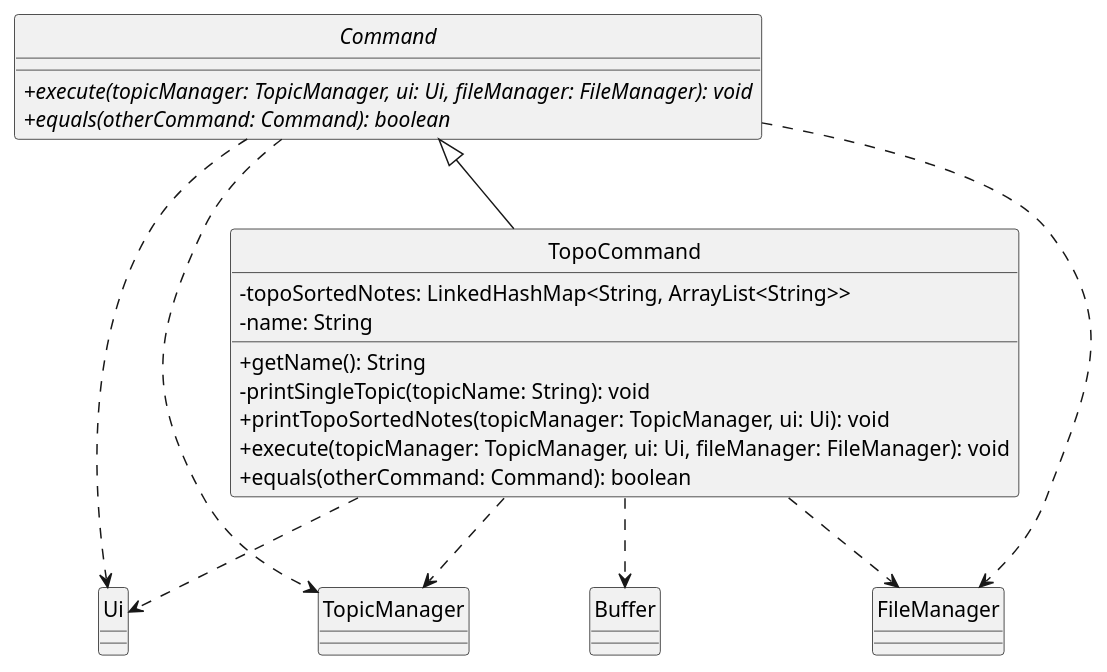
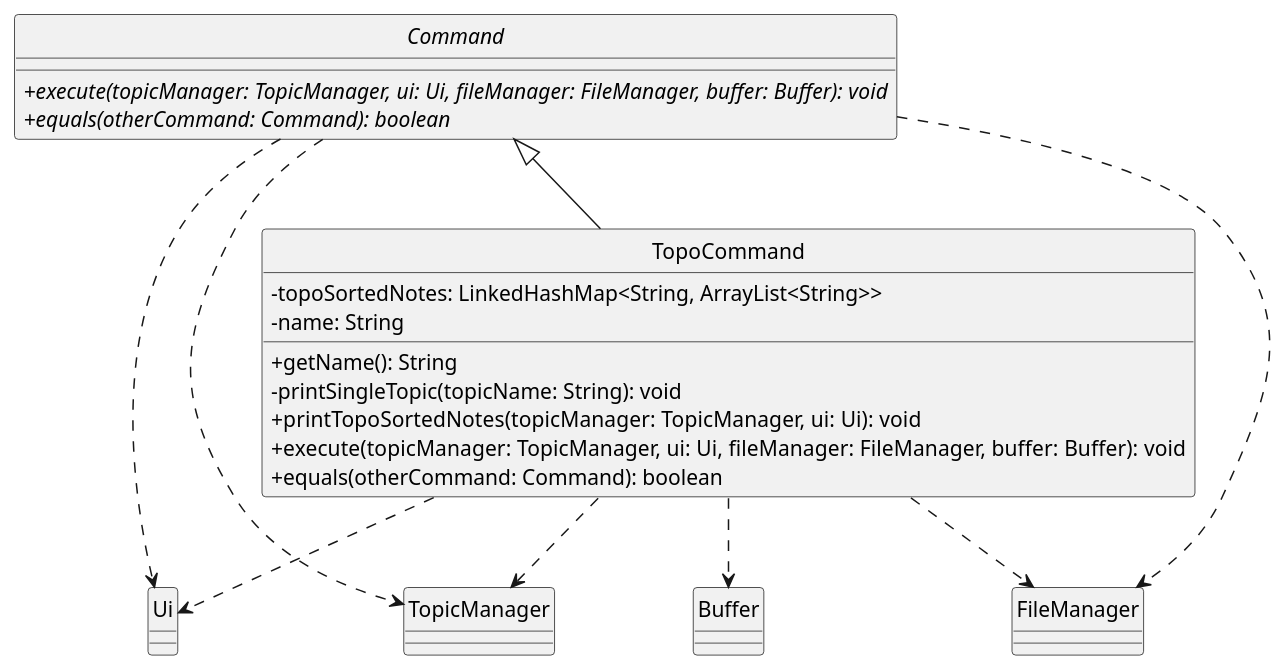
The diagram in docs/class-diagrams/source-files/TopoCommandClass.puml (ong-ck/tp), drawn with PlantUML before and after one commit. The commit also changed 10 other files, not shown here.

Commit message:
Update methods in class diagram to include buffer

```diff
--- a/docs/class-diagrams/source-files/TopoCommandClass.puml
+++ b/docs/class-diagrams/source-files/TopoCommandClass.puml
@@ -1,41 +1,41 @@
 @startuml
 'https://plantuml.com/class-diagram
 skinparam classAttributeIconSize 0
 hide circle
 abstract class Command {
-+execute(topicManager: TopicManager, ui: Ui, fileManager: FileManager): void {abstract}
++execute(topicManager: TopicManager, ui: Ui, fileManager: FileManager, buffer: Buffer): void {abstract}
 +equals(otherCommand: Command): boolean {abstract}
 }
 
 class TopoCommand {
 -topoSortedNotes: LinkedHashMap<String, ArrayList<String>>
 -name: String
 
 +getName(): String
 -printSingleTopic(topicName: String): void
 +printTopoSortedNotes(topicManager: TopicManager, ui: Ui): void
-+execute(topicManager: TopicManager, ui: Ui, fileManager: FileManager): void
++execute(topicManager: TopicManager, ui: Ui, fileManager: FileManager, buffer: Buffer): void
 +equals(otherCommand: Command): boolean
 }
 
 class Ui {
 }
 
 class TopicManager {
 }
 
 class Buffer {
 }
 
 class FileManager {
 }
 
 Command ..> Ui
 TopoCommand ..> Ui
 Command ..> TopicManager
 TopoCommand ..> TopicManager
 Command ..> FileManager
 TopoCommand ..> FileManager
 TopoCommand ..> Buffer
 Command <|-- TopoCommand
 @enduml
```
